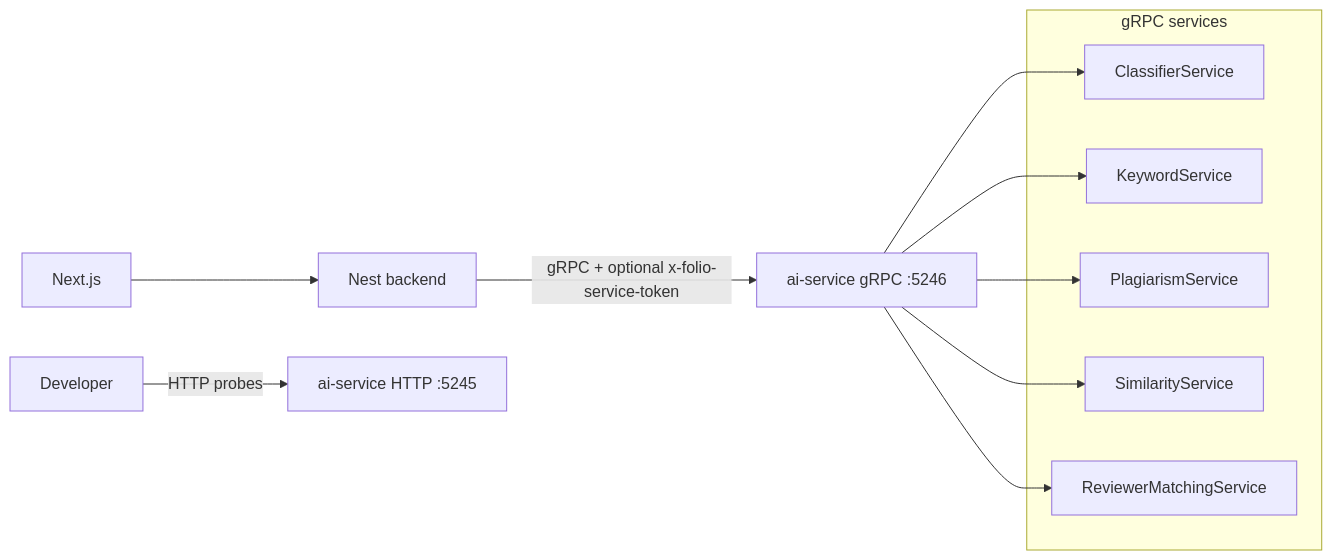
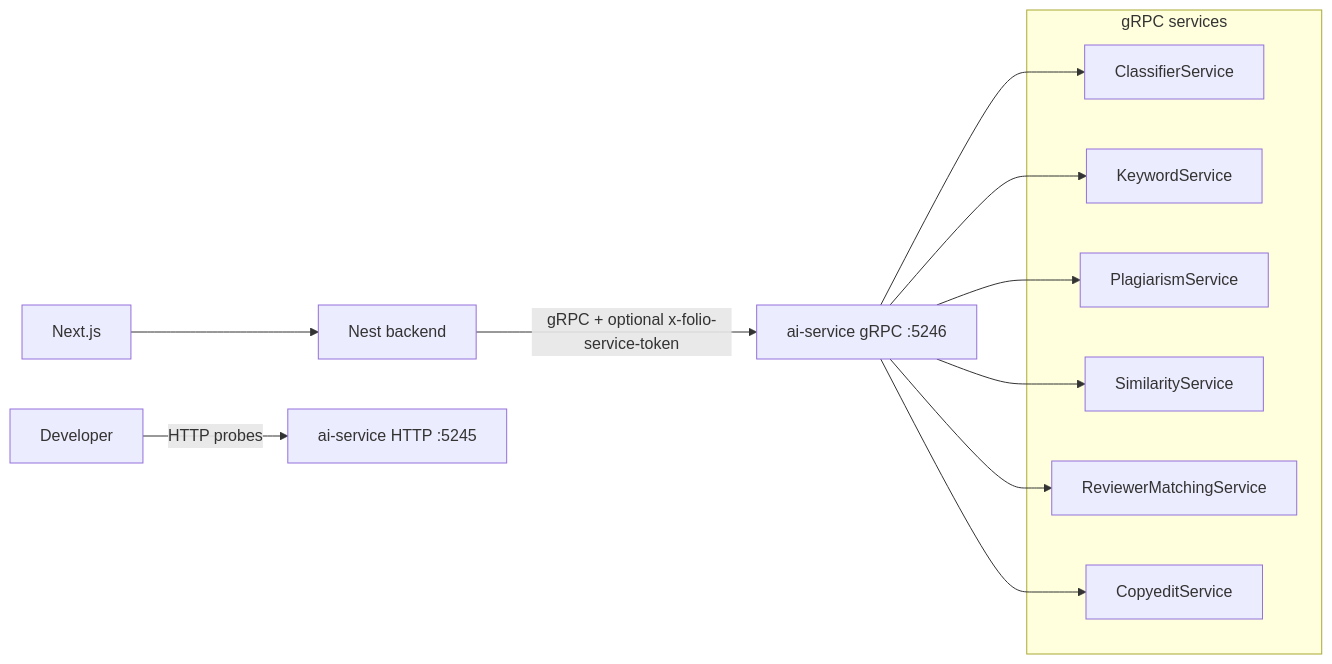
One commit to OmarNajiAlhayek/folio changed the diagram in docs/plans/ai-service.md. Above: the diagram before and after it, drawn with Mermaid. The commit also changed other lines of this file and 12 other files, not shown here.

First line of the commit message:
docs: document copyedit AI pipeline and refresh architecture notes

````diff
--- a/docs/plans/ai-service.md
+++ b/docs/plans/ai-service.md
@@ -18,18 +18,20 @@
 ```mermaid
 flowchart LR
   UI["Next.js"] --> API["Nest backend"]
   API -->|"gRPC + optional x-folio-service-token"| AISvcGrpc["ai-service gRPC :5246"]
   Dev["Developer"] -->|"HTTP probes"| AISvcHttp["ai-service HTTP :5245"]
   subgraph grpc [gRPC services]
     Classifier["ClassifierService"]
     Keywords["KeywordService"]
     Plagiarism["PlagiarismService"]
     Similarity["SimilarityService"]
     Reviewer["ReviewerMatchingService"]
+    Copyedit["CopyeditService"]
   end
   AISvcGrpc --> Classifier
   AISvcGrpc --> Keywords
   AISvcGrpc --> Plagiarism
   AISvcGrpc --> Similarity
   AISvcGrpc --> Reviewer
+  AISvcGrpc --> Copyedit
 ```
````
